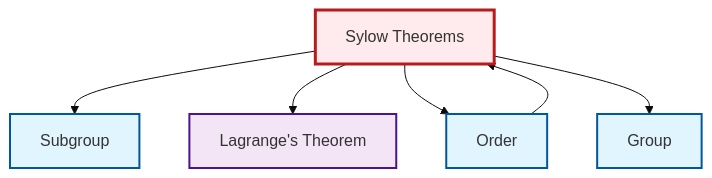
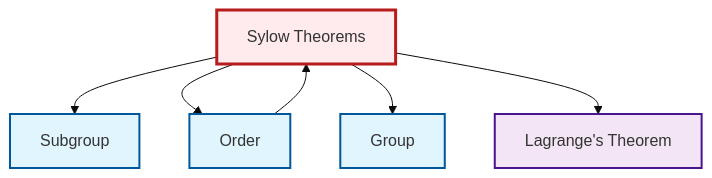
Before and after one commit to RK0429/ModernMath: the diagram in output/mermaid/en/thm-sylow.mermaid, drawn with Mermaid (base theme). The commit also changed other lines of this file and 3110 other files, not shown here.

```diff
--- a/output/mermaid/en/thm-sylow.mermaid
+++ b/output/mermaid/en/thm-sylow.mermaid
@@ -1,17 +1,17 @@
 graph TD
     classDef definition fill:#e1f5fe,stroke:#01579b,stroke-width:2px
     classDef theorem fill:#f3e5f5,stroke:#4a148c,stroke-width:2px
     classDef axiom fill:#fff3e0,stroke:#e65100,stroke-width:2px
     classDef example fill:#e8f5e9,stroke:#1b5e20,stroke-width:2px
     classDef current fill:#ffebee,stroke:#b71c1c,stroke-width:3px
-    thm-sylow["Sylow Theorems"]:::theorem
     def-subgroup["Subgroup"]:::definition
     thm-lagrange["Lagrange's Theorem"]:::theorem
+    thm-sylow["Sylow Theorems"]:::theorem
     def-group["Group"]:::definition
     def-order["Order"]:::definition
     thm-sylow --> def-subgroup
+    thm-sylow --> def-order
+    thm-sylow --> def-group
     thm-sylow --> thm-lagrange
-    thm-sylow --> def-order
     def-order --> thm-sylow
-    thm-sylow --> def-group
     class thm-sylow current
```
